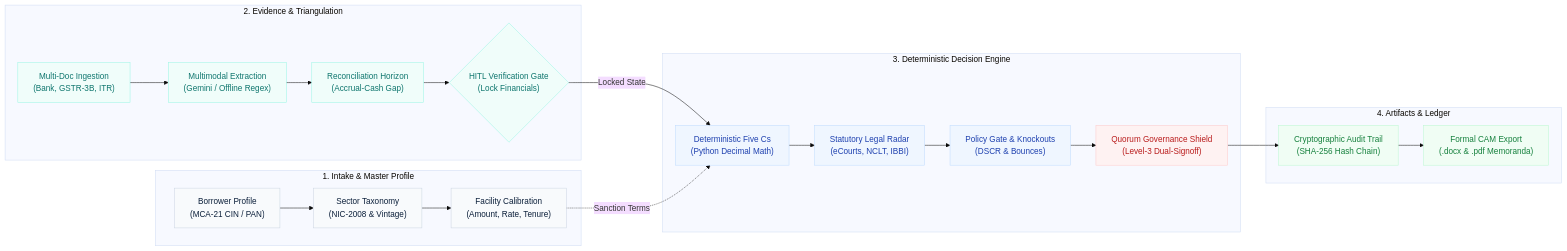
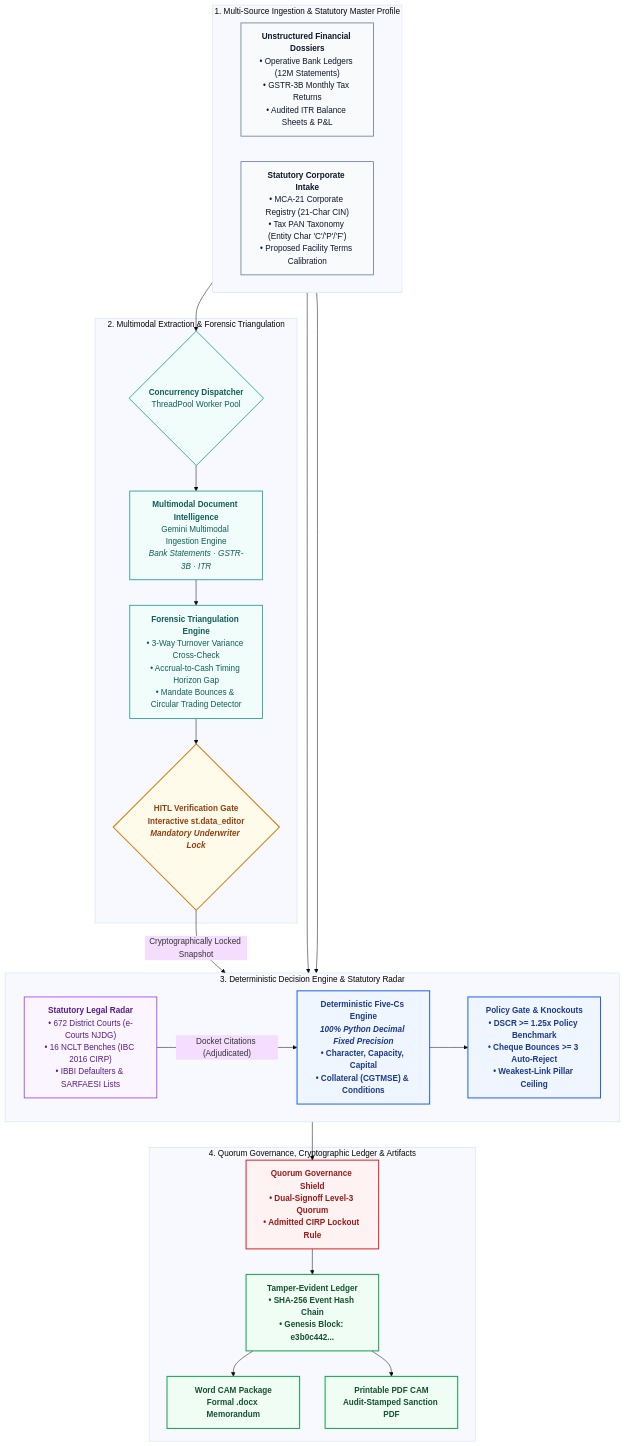
Before and after one commit to SRIVIGHNATEJA/CreditGate: the first of 2 diagrams in README.md, drawn with Mermaid (base theme). The commit also changed other lines of this file, not shown here.

````diff
--- a/README.md
+++ b/README.md
@@ -46,34 +56,56 @@
 ```mermaid
-flowchart LR
-    %% Colors and Styles
-    classDef intake fill:#f8fafc,stroke:#cbd5e1,stroke-width:1px,color:#0b1f3a;
-    classDef extract fill:#f0fdfa,stroke:#99f6e4,stroke-width:1px,color:#0f766e;
-    classDef core fill:#eff6ff,stroke:#bfdbfe,stroke-width:1px,color:#1e40af;
-    classDef gov fill:#fef2f2,stroke:#fecaca,stroke-width:1px,color:#b91c1c;
-    classDef export fill:#f0fdf4,stroke:#bbf7d0,stroke-width:1px,color:#15803d;
+flowchart TD
+    %% Global Theming & Custom Visual Classes
+    classDef intake fill:#F8FAFC,stroke:#64748B,stroke-width:1.5px,color:#0F172A;
+    classDef engine fill:#F0FDFA,stroke:#0D9488,stroke-width:1.5px,color:#115E59;
+    classDef gate fill:#FFFBEB,stroke:#D97706,stroke-width:2px,color:#92400E,font-weight:bold;
+    classDef core fill:#EFF6FF,stroke:#2563EB,stroke-width:2px,color:#1E3A8A,font-weight:bold;
+    classDef radar fill:#FAF5FF,stroke:#9333EA,stroke-width:1.5px,color:#581C87;
+    classDef gov fill:#FEF2F2,stroke:#DC2626,stroke-width:2px,color:#991B1B,font-weight:bold;
+    classDef export fill:#F0FDF4,stroke:#16A34A,stroke-width:2px,color:#14532D,font-weight:bold;
 
-    subgraph Stage1 ["1. Intake & Master Profile"]
-        A["Borrower Profile<br/>(MCA-21 CIN / PAN)"]:::intake --> B["Sector Taxonomy<br/>(NIC-2008 & Vintage)"]:::intake
-        B --> C["Facility Calibration<br/>(Amount, Rate, Tenure)"]:::intake
+    subgraph Layer1 ["1. Multi-Source Ingestion & Statutory Master Profile"]
+        direction LR
+        DOCS["<b>Unstructured Financial Dossiers</b><br/>• Operative Bank Ledgers (12M Statements)<br/>• GSTR-3B Monthly Tax Returns<br/>• Audited ITR Balance Sheets & P&L"]:::intake
+        ONBOARD["<b>Statutory Corporate Intake</b><br/>• MCA-21 Corporate Registry (21-Char CIN)<br/>• Tax PAN Taxonomy (Entity Char 'C'/'P'/'F')<br/>• Proposed Facility Terms Calibration"]:::intake
     end
 
-    subgraph Stage2 ["2. Evidence & Triangulation"]
-        D["Multi-Doc Ingestion<br/>(Bank, GSTR-3B, ITR)"]:::extract --> E["Multimodal Extraction<br/>(Gemini / Offline Regex)"]:::extract
-        E --> F["Reconciliation Horizon<br/>(Accrual-Cash Gap)"]:::extract
-        F --> G{"HITL Verification Gate<br/>(Lock Financials)"}:::extract
+    subgraph Layer2 ["2. Multimodal Extraction & Forensic Triangulation"]
+        DISPATCH{"<b>Concurrency Dispatcher</b><br/>ThreadPool Worker Pool"}:::engine
+        EXTRACTION["<b>Multimodal Document Intelligence</b><br/>Gemini Multimodal Ingestion Engine<br/><i>Bank Statements · GSTR-3B · ITR</i>"]:::engine
+        RECON["<b>Forensic Triangulation Engine</b><br/>• 3-Way Turnover Variance Cross-Check<br/>• Accrual-to-Cash Timing Horizon Gap<br/>• Mandate Bounces & Circular Trading Detector"]:::engine
+        HITL{"<b>HITL Verification Gate</b><br/>Interactive st.data_editor<br/><i>Mandatory Underwriter Lock</i>"}:::gate
     end
 
-    subgraph Stage3 ["3. Deterministic Decision Engine"]
-        G -- "Locked State" --> H["Deterministic Five Cs<br/>(Python Decimal Math)"]:::core
-        H --> I["Statutory Legal Radar<br/>(eCourts, NCLT, IBBI)"]:::core
-        I --> J["Policy Gate & Knockouts<br/>(DSCR & Bounces)"]:::core
-        J --> K["Quorum Governance Shield<br/>(Level-3 Dual-Signoff)"]:::gov
+    subgraph Layer3 ["3. Deterministic Decision Engine & Statutory Radar"]
+        direction LR
+        RADAR["<b>Statutory Legal Radar</b><br/>• 672 District Courts (e-Courts NJDG)<br/>• 16 NCLT Benches (IBC 2016 CIRP)<br/>• IBBI Defaulters & SARFAESI Lists"]:::radar
+        SCORER["<b>Deterministic Five-Cs Engine</b><br/><i>100% Python Decimal Fixed Precision</i><br/>• Character, Capacity, Capital<br/>• Collateral (CGTMSE) & Conditions"]:::core
+        POLICY["<b>Policy Gate & Knockouts</b><br/>• DSCR >= 1.25x Policy Benchmark<br/>• Cheque Bounces >= 3 Auto-Reject<br/>• Weakest-Link Pillar Ceiling"]:::core
     end
 
-    subgraph Stage4 ["4. Artifacts & Ledger"]
-        K --> L["Cryptographic Audit Trail<br/>(SHA-256 Hash Chain)"]:::export
-        L --> M["Formal CAM Export<br/>(.docx & .pdf Memoranda)"]:::export
+    subgraph Layer4 ["4. Quorum Governance, Cryptographic Ledger & Artifacts"]
+        GOV["<b>Quorum Governance Shield</b><br/>• Dual-Signoff Level-3 Quorum<br/>• Admitted CIRP Lockout Rule"]:::gov
+        LEDGER["<b>Tamper-Evident Ledger</b><br/>• SHA-256 Event Hash Chain<br/>• Genesis Block: e3b0c442..."]:::export
+        CAM_DOCX["<b>Word CAM Package</b><br/>Formal .docx Memorandum"]:::export
+        CAM_PDF["<b>Printable PDF CAM</b><br/>Audit-Stamped Sanction PDF"]:::export
     end
 
-    C -. "Sanction Terms" .-> H
+    %% Pipeline Connections
+    DOCS --> DISPATCH
+    DISPATCH --> EXTRACTION
+    EXTRACTION --> RECON
+    RECON --> HITL
+    
+    ONBOARD --> SCORER
+    ONBOARD --> RADAR
+    
+    HITL -- "Cryptographically Locked Snapshot" --> SCORER
+    RADAR -- "Docket Citations (Adjudicated)" --> SCORER
+    SCORER --> POLICY
+    POLICY --> GOV
+    
+    GOV --> LEDGER
+    LEDGER --> CAM_DOCX
+    LEDGER --> CAM_PDF
 ```
````
